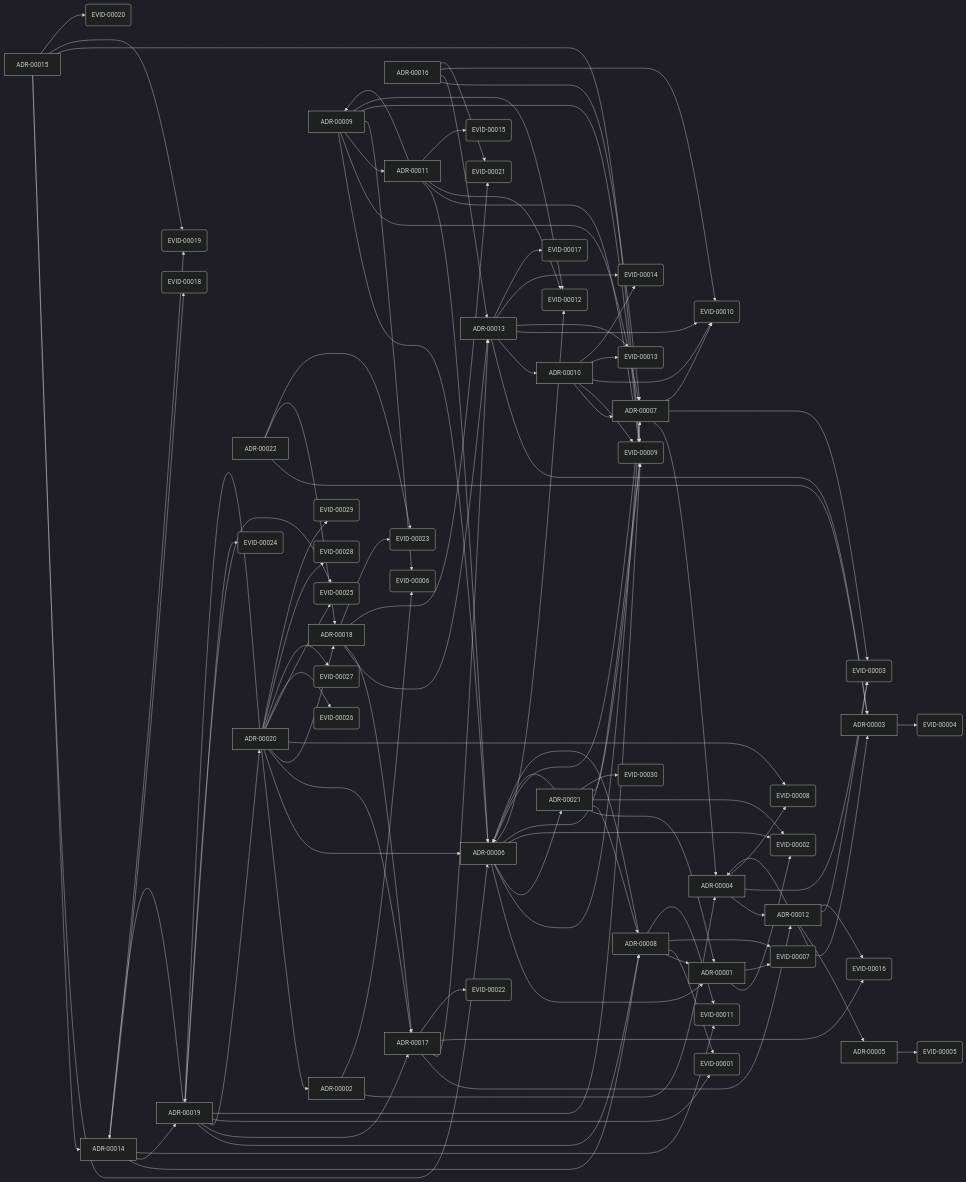
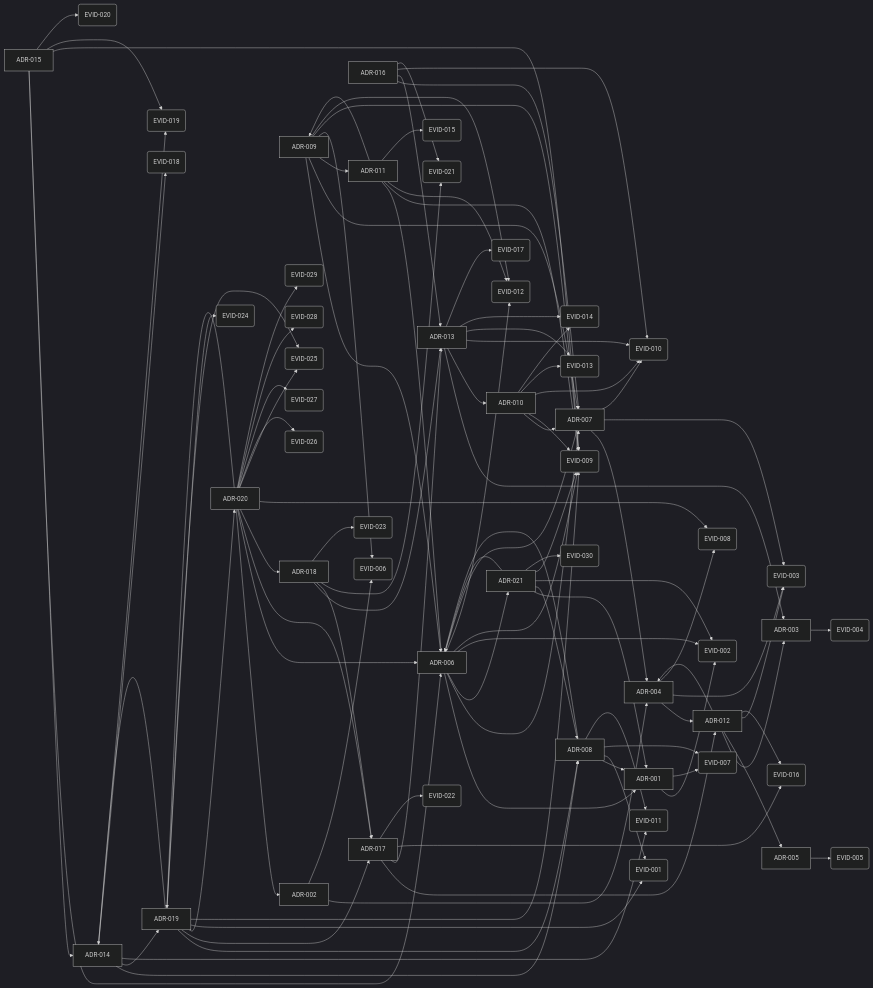
Before and after one commit to TeramachiShunsuke/aidd: the diagram in GRAPH.md, drawn with Mermaid (dark theme). The commit also changed other lines of this file and 4 other files, not shown here.

````diff
--- a/GRAPH.md
+++ b/GRAPH.md
@@ -35,156 +35,152 @@
 ```mermaid
 graph LR
-  ADR_00001[ADR-00001]
-  ADR_00002[ADR-00002]
-  ADR_00003[ADR-00003]
-  ADR_00004[ADR-00004]
-  ADR_00005[ADR-00005]
-  ADR_00006[ADR-00006]
-  ADR_00007[ADR-00007]
-  ADR_00008[ADR-00008]
-  ADR_00009[ADR-00009]
-  ADR_00010[ADR-00010]
-  ADR_00011[ADR-00011]
-  ADR_00012[ADR-00012]
-  ADR_00013[ADR-00013]
-  ADR_00014[ADR-00014]
-  ADR_00015[ADR-00015]
-  ADR_00016[ADR-00016]
-  ADR_00017[ADR-00017]
-  ADR_00018[ADR-00018]
-  ADR_00019[ADR-00019]
-  ADR_00020[ADR-00020]
-  ADR_00021[ADR-00021]
-  ADR_00022[ADR-00022]
-  EVID_00001(EVID-00001)
-  EVID_00002(EVID-00002)
-  EVID_00003(EVID-00003)
-  EVID_00004(EVID-00004)
-  EVID_00005(EVID-00005)
-  EVID_00006(EVID-00006)
-  EVID_00007(EVID-00007)
-  EVID_00008(EVID-00008)
-  EVID_00009(EVID-00009)
-  EVID_00010(EVID-00010)
-  EVID_00011(EVID-00011)
-  EVID_00012(EVID-00012)
-  EVID_00013(EVID-00013)
-  EVID_00014(EVID-00014)
-  EVID_00015(EVID-00015)
-  EVID_00016(EVID-00016)
-  EVID_00017(EVID-00017)
-  EVID_00018(EVID-00018)
-  EVID_00019(EVID-00019)
-  EVID_00020(EVID-00020)
-  EVID_00021(EVID-00021)
-  EVID_00022(EVID-00022)
-  EVID_00023(EVID-00023)
-  EVID_00024(EVID-00024)
-  EVID_00025(EVID-00025)
-  EVID_00026(EVID-00026)
-  EVID_00027(EVID-00027)
-  EVID_00028(EVID-00028)
-  EVID_00029(EVID-00029)
-  EVID_00030(EVID-00030)
-  ADR_00001 --> EVID_00002
-  ADR_00001 --> EVID_00007
-  ADR_00002 --> ADR_00004
-  ADR_00002 --> EVID_00006
-  ADR_00003 --> EVID_00004
-  ADR_00004 --> ADR_00012
-  ADR_00004 --> EVID_00003
-  ADR_00004 --> EVID_00008
-  ADR_00005 --> EVID_00005
-  ADR_00006 --> ADR_00001
-  ADR_00006 --> ADR_00007
-  ADR_00006 --> ADR_00021
-  ADR_00006 --> EVID_00002
-  ADR_00006 --> EVID_00009
-  ADR_00006 --> EVID_00012
-  ADR_00007 --> ADR_00004
-  ADR_00007 --> ADR_00006
-  ADR_00007 --> EVID_00003
-  ADR_00007 --> EVID_00010
-  ADR_00008 --> ADR_00001
-  ADR_00008 --> ADR_00006
-  ADR_00008 --> EVID_00001
-  ADR_00008 --> EVID_00007
-  ADR_00008 --> EVID_00011
-  ADR_00009 --> ADR_00006
-  ADR_00009 --> ADR_00007
-  ADR_00009 --> ADR_00011
-  ADR_00009 --> EVID_00006
-  ADR_00009 --> EVID_00009
-  ADR_00009 --> EVID_00012
-  ADR_00010 --> ADR_00007
-  ADR_00010 --> EVID_00009
-  ADR_00010 --> EVID_00010
-  ADR_00010 --> EVID_00013
-  ADR_00010 --> EVID_00014
-  ADR_00011 --> ADR_00006
-  ADR_00011 --> ADR_00009
-  ADR_00011 --> EVID_00009
-  ADR_00011 --> EVID_00012
-  ADR_00011 --> EVID_00015
-  ADR_00012 --> ADR_00003
-  ADR_00012 --> ADR_00004
-  ADR_00012 --> ADR_00005
-  ADR_00012 --> EVID_00003
-  ADR_00012 --> EVID_00016
-  ADR_00013 --> ADR_00003
-  ADR_00013 --> ADR_00010
-  ADR_00013 --> EVID_00010
-  ADR_00013 --> EVID_00013
-  ADR_00013 --> EVID_00014
-  ADR_00013 --> EVID_00017
-  ADR_00014 --> ADR_00008
-  ADR_00014 --> ADR_00019
-  ADR_00014 --> EVID_00011
-  ADR_00014 --> EVID_00018
-  ADR_00014 --> EVID_00019
-  ADR_00015 --> ADR_00006
-  ADR_00015 --> ADR_00014
-  ADR_00015 --> EVID_00009
-  ADR_00015 --> EVID_00019
-  ADR_00015 --> EVID_00020
-  ADR_00016 --> ADR_00007
-  ADR_00016 --> ADR_00013
-  ADR_00016 --> EVID_00010
-  ADR_00016 --> EVID_00021
-  ADR_00017 --> ADR_00012
-  ADR_00017 --> ADR_00013
-  ADR_00017 --> EVID_00016
-  ADR_00017 --> EVID_00022
-  ADR_00018 --> ADR_00013
-  ADR_00018 --> ADR_00017
-  ADR_00018 --> EVID_00021
-  ADR_00018 --> EVID_00023
-  ADR_00019 --> ADR_00008
-  ADR_00019 --> ADR_00014
-  ADR_00019 --> ADR_00017
-  ADR_00019 --> ADR_00020
-  ADR_00019 --> EVID_00001
-  ADR_00019 --> EVID_00009
-  ADR_00019 --> EVID_00024
-  ADR_00019 --> EVID_00025
-  ADR_00020 --> ADR_00002
-  ADR_00020 --> ADR_00006
-  ADR_00020 --> ADR_00017
-  ADR_00020 --> ADR_00018
-  ADR_00020 --> ADR_00019
-  ADR_00020 --> EVID_00008
-  ADR_00020 --> EVID_00025
-  ADR_00020 --> EVID_00026
-  ADR_00020 --> EVID_00027
-  ADR_00020 --> EVID_00028
-  ADR_00020 --> EVID_00029
-  ADR_00021 --> ADR_00001
-  ADR_00021 --> ADR_00006
-  ADR_00021 --> ADR_00008
-  ADR_00021 --> EVID_00002
-  ADR_00021 --> EVID_00009
-  ADR_00021 --> EVID_00030
-  ADR_00022 --> ADR_00003
-  ADR_00022 --> ADR_00018
-  ADR_00022 --> EVID_00023
+  ADR_001[ADR-001]
+  ADR_002[ADR-002]
+  ADR_003[ADR-003]
+  ADR_004[ADR-004]
+  ADR_005[ADR-005]
+  ADR_006[ADR-006]
+  ADR_007[ADR-007]
+  ADR_008[ADR-008]
+  ADR_009[ADR-009]
+  ADR_010[ADR-010]
+  ADR_011[ADR-011]
+  ADR_012[ADR-012]
+  ADR_013[ADR-013]
+  ADR_014[ADR-014]
+  ADR_015[ADR-015]
+  ADR_016[ADR-016]
+  ADR_017[ADR-017]
+  ADR_018[ADR-018]
+  ADR_019[ADR-019]
+  ADR_020[ADR-020]
+  ADR_021[ADR-021]
+  EVID_001(EVID-001)
+  EVID_002(EVID-002)
+  EVID_003(EVID-003)
+  EVID_004(EVID-004)
+  EVID_005(EVID-005)
+  EVID_006(EVID-006)
+  EVID_007(EVID-007)
+  EVID_008(EVID-008)
+  EVID_009(EVID-009)
+  EVID_010(EVID-010)
+  EVID_011(EVID-011)
+  EVID_012(EVID-012)
+  EVID_013(EVID-013)
+  EVID_014(EVID-014)
+  EVID_015(EVID-015)
+  EVID_016(EVID-016)
+  EVID_017(EVID-017)
+  EVID_018(EVID-018)
+  EVID_019(EVID-019)
+  EVID_020(EVID-020)
+  EVID_021(EVID-021)
+  EVID_022(EVID-022)
+  EVID_023(EVID-023)
+  EVID_024(EVID-024)
+  EVID_025(EVID-025)
+  EVID_026(EVID-026)
+  EVID_027(EVID-027)
+  EVID_028(EVID-028)
+  EVID_029(EVID-029)
+  EVID_030(EVID-030)
+  ADR_001 --> EVID_002
+  ADR_001 --> EVID_007
+  ADR_002 --> ADR_004
+  ADR_002 --> EVID_006
+  ADR_003 --> EVID_004
+  ADR_004 --> ADR_012
+  ADR_004 --> EVID_003
+  ADR_004 --> EVID_008
+  ADR_005 --> EVID_005
+  ADR_006 --> ADR_001
+  ADR_006 --> ADR_007
+  ADR_006 --> ADR_021
+  ADR_006 --> EVID_002
+  ADR_006 --> EVID_009
+  ADR_006 --> EVID_012
+  ADR_007 --> ADR_004
+  ADR_007 --> ADR_006
+  ADR_007 --> EVID_003
+  ADR_007 --> EVID_010
+  ADR_008 --> ADR_001
+  ADR_008 --> ADR_006
+  ADR_008 --> EVID_001
+  ADR_008 --> EVID_007
+  ADR_008 --> EVID_011
+  ADR_009 --> ADR_006
+  ADR_009 --> ADR_007
+  ADR_009 --> ADR_011
+  ADR_009 --> EVID_006
+  ADR_009 --> EVID_009
+  ADR_009 --> EVID_012
+  ADR_010 --> ADR_007
+  ADR_010 --> EVID_009
+  ADR_010 --> EVID_010
+  ADR_010 --> EVID_013
+  ADR_010 --> EVID_014
+  ADR_011 --> ADR_006
+  ADR_011 --> ADR_009
+  ADR_011 --> EVID_009
+  ADR_011 --> EVID_012
+  ADR_011 --> EVID_015
+  ADR_012 --> ADR_003
+  ADR_012 --> ADR_004
+  ADR_012 --> ADR_005
+  ADR_012 --> EVID_003
+  ADR_012 --> EVID_016
+  ADR_013 --> ADR_003
+  ADR_013 --> ADR_010
+  ADR_013 --> EVID_010
+  ADR_013 --> EVID_013
+  ADR_013 --> EVID_014
+  ADR_013 --> EVID_017
+  ADR_014 --> ADR_008
+  ADR_014 --> ADR_019
+  ADR_014 --> EVID_011
+  ADR_014 --> EVID_018
+  ADR_014 --> EVID_019
+  ADR_015 --> ADR_006
+  ADR_015 --> ADR_014
+  ADR_015 --> EVID_009
+  ADR_015 --> EVID_019
+  ADR_015 --> EVID_020
+  ADR_016 --> ADR_007
+  ADR_016 --> ADR_013
+  ADR_016 --> EVID_010
+  ADR_016 --> EVID_021
+  ADR_017 --> ADR_012
+  ADR_017 --> ADR_013
+  ADR_017 --> EVID_016
+  ADR_017 --> EVID_022
+  ADR_018 --> ADR_013
+  ADR_018 --> ADR_017
+  ADR_018 --> EVID_021
+  ADR_018 --> EVID_023
+  ADR_019 --> ADR_008
+  ADR_019 --> ADR_014
+  ADR_019 --> ADR_017
+  ADR_019 --> ADR_020
+  ADR_019 --> EVID_001
+  ADR_019 --> EVID_009
+  ADR_019 --> EVID_024
+  ADR_019 --> EVID_025
+  ADR_020 --> ADR_002
+  ADR_020 --> ADR_006
+  ADR_020 --> ADR_017
+  ADR_020 --> ADR_018
+  ADR_020 --> ADR_019
+  ADR_020 --> EVID_008
+  ADR_020 --> EVID_025
+  ADR_020 --> EVID_026
+  ADR_020 --> EVID_027
+  ADR_020 --> EVID_028
+  ADR_020 --> EVID_029
+  ADR_021 --> ADR_001
+  ADR_021 --> ADR_006
+  ADR_021 --> ADR_008
+  ADR_021 --> EVID_002
+  ADR_021 --> EVID_009
+  ADR_021 --> EVID_030
 ```
````
